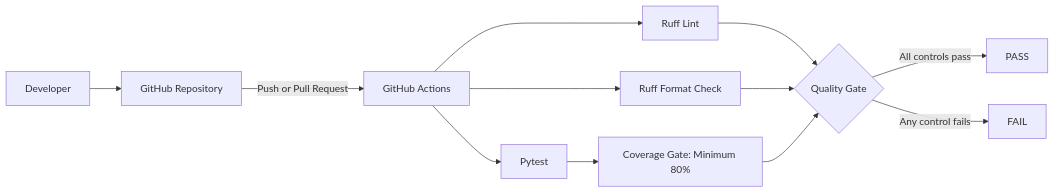
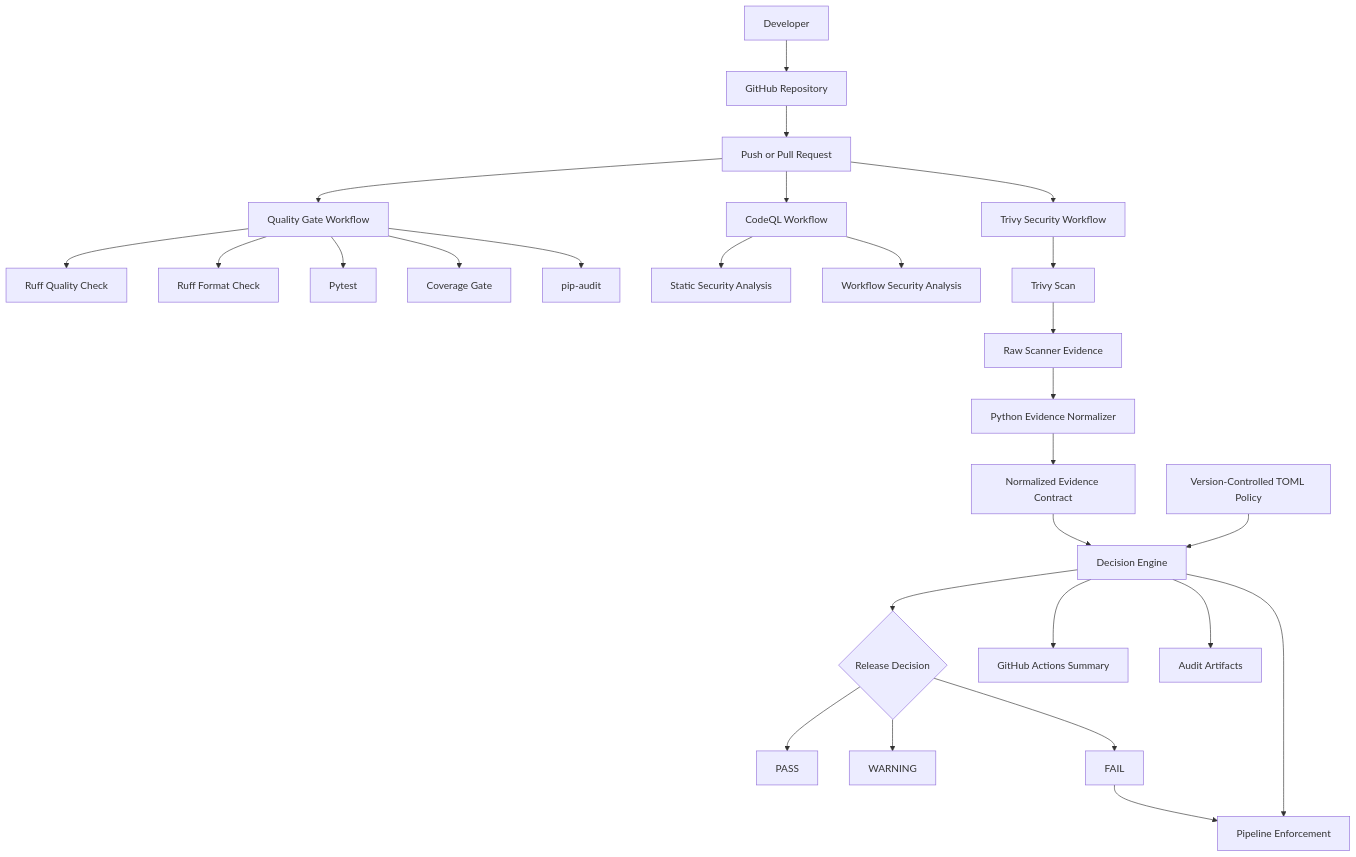
Before and after one commit to shry-mv/automated-release-governance-poc: the diagram in README.md, drawn with Mermaid. The commit also changed other lines of this file, not shown here.

Commit message:
docs: update README with completed governance architecture

````diff
--- a/README.md
+++ b/README.md
@@ -38,18 +95,39 @@
 ```mermaid
-flowchart LR
+flowchart TD
     DEV[Developer] --> REPO[GitHub Repository]
+    REPO --> EVENT[Push or Pull Request]
 
-    REPO -->|Push or Pull Request| GHA[GitHub Actions]
+    EVENT --> QUALITY[Quality Gate Workflow]
+    EVENT --> CODEQL[CodeQL Workflow]
+    EVENT --> SECURITY[Trivy Security Workflow]
 
-    GHA --> LINT[Ruff Lint]
-    GHA --> FORMAT[Ruff Format Check]
-    GHA --> TESTS[Pytest]
-    TESTS --> COVERAGE[Coverage Gate: Minimum 80%]
+    QUALITY --> RUFF[Ruff Quality Check]
+    QUALITY --> FORMAT[Ruff Format Check]
+    QUALITY --> TESTS[Pytest]
+    QUALITY --> COVERAGE[Coverage Gate]
+    QUALITY --> PIPAUDIT[pip-audit]
 
-    LINT --> RESULT{Quality Gate}
-    FORMAT --> RESULT
-    COVERAGE --> RESULT
+    CODEQL --> SAST[Static Security Analysis]
+    CODEQL --> WORKFLOWSCAN[Workflow Security Analysis]
 
-    RESULT -->|All controls pass| PASS[PASS]
-    RESULT -->|Any control fails| FAIL[FAIL]
+    SECURITY --> TRIVY[Trivy Scan]
+    TRIVY --> RAW[Raw Scanner Evidence]
+
+    RAW --> NORMALIZER[Python Evidence Normalizer]
+    NORMALIZER --> NORMALIZED[Normalized Evidence Contract]
+
+    POLICY[Version-Controlled TOML Policy] --> ENGINE[Decision Engine]
+    NORMALIZED --> ENGINE
+
+    ENGINE --> DECISION{Release Decision}
+
+    DECISION --> PASS[PASS]
+    DECISION --> WARNING[WARNING]
+    DECISION --> FAIL[FAIL]
+
+    ENGINE --> SUMMARY[GitHub Actions Summary]
+    ENGINE --> ARTIFACTS[Audit Artifacts]
+    ENGINE --> ENFORCEMENT[Pipeline Enforcement]
+
+    FAIL --> ENFORCEMENT
 ```
````
